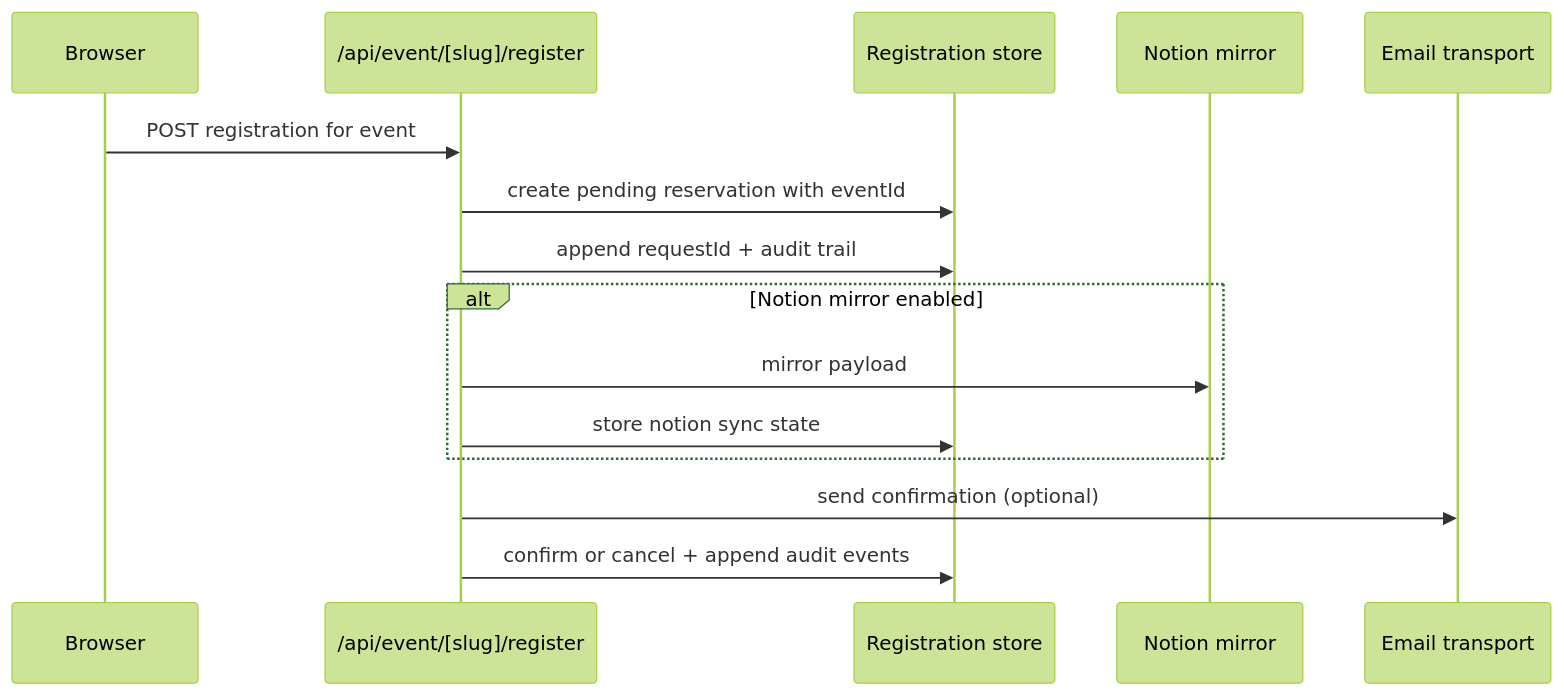
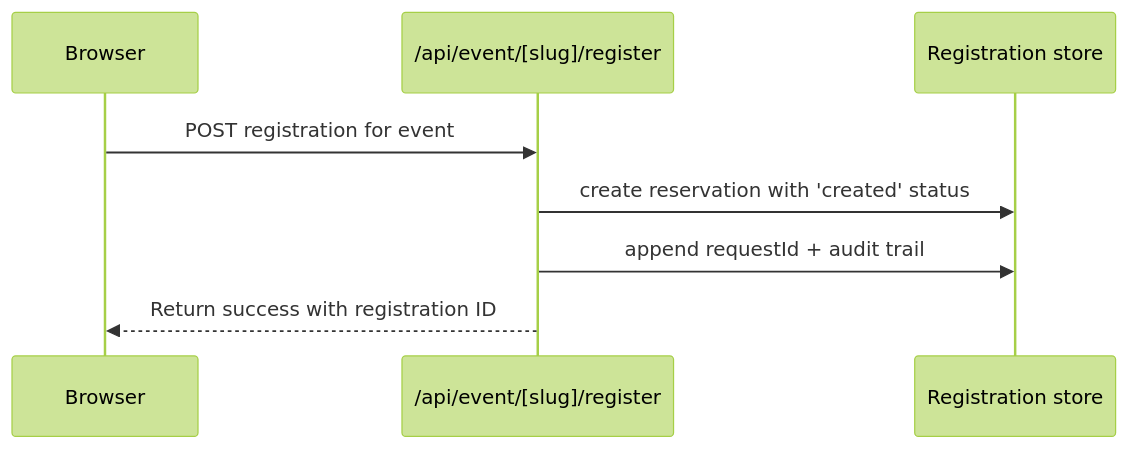
One commit to pwen0329/book-digest-web changed the third of 3 diagrams in docs/admin-data-flow.md. Above: the diagram before and after it, drawn with Mermaid (forest theme). The commit also changed other lines of this file and 21 other files, not shown here.

````diff
--- a/docs/admin-data-flow.md
+++ b/docs/admin-data-flow.md
@@ -70,18 +46,11 @@
 ```mermaid
 sequenceDiagram
   participant Browser as Browser
   participant API as /api/event/[slug]/register
   participant Truth as Registration store
-  participant Notion as Notion mirror
-  participant Email as Email transport
 
   Browser->>API: POST registration for event
-  API->>Truth: create pending reservation with eventId
+  API->>Truth: create reservation with 'created' status
   API->>Truth: append requestId + audit trail
-  alt Notion mirror enabled
-    API->>Notion: mirror payload
-    API->>Truth: store notion sync state
-  end
-  API->>Email: send confirmation (optional)
-  API->>Truth: confirm or cancel + append audit events
+  API-->>Browser: Return success with registration ID
 ```
````
